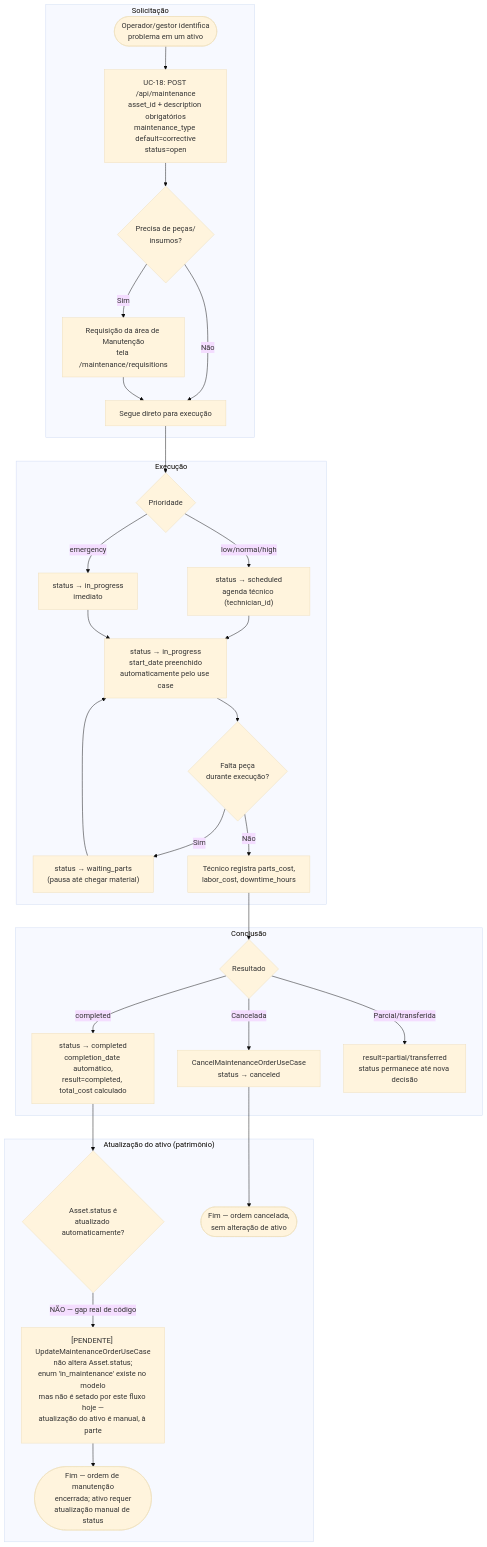
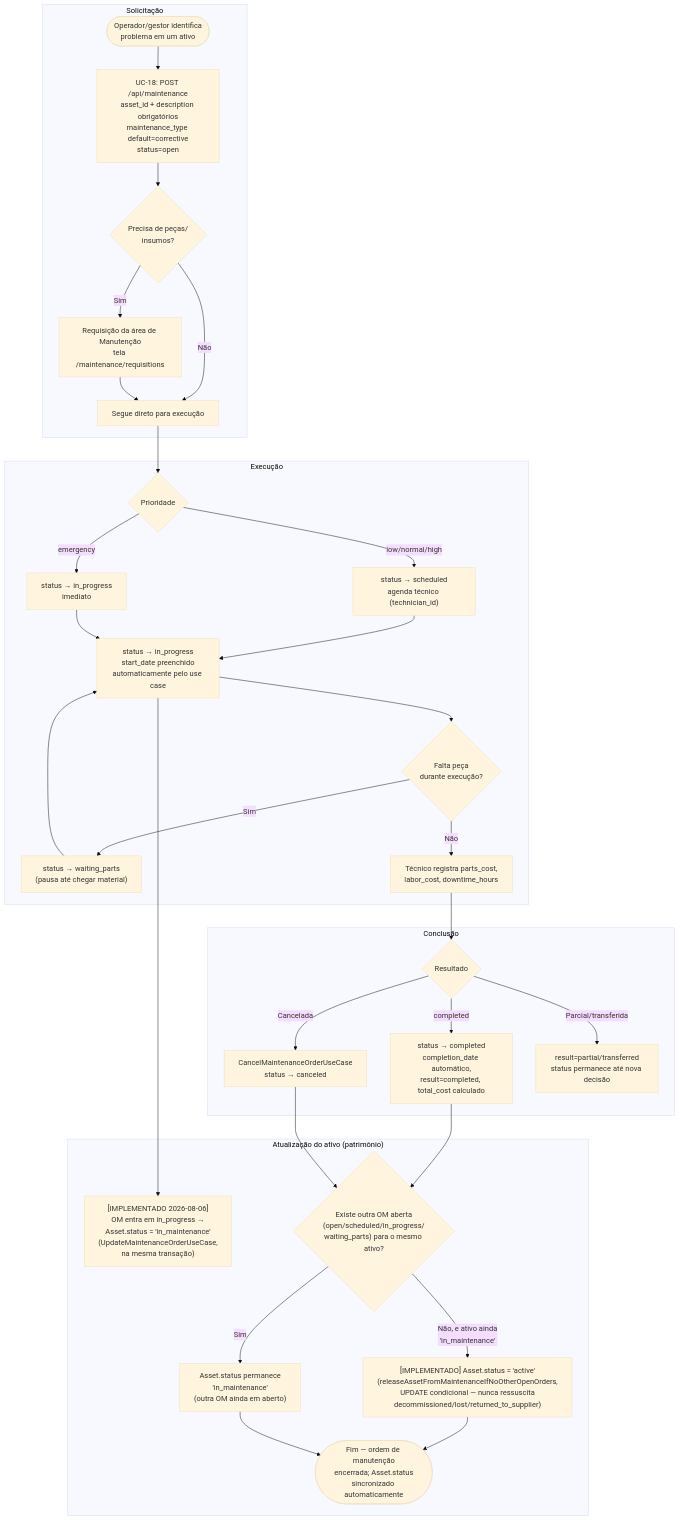
The fifth of 5 diagrams in docs/arquitetura/DIAGRAMA_CASOS_DE_USO_BPMN.md (RomulosouzaEvok/ERP-EVOK-AUDIO-LTDA), drawn with Mermaid (base theme) before and after one commit. The commit also changed other lines of this file and 62 other files, not shown here.

````diff
--- a/docs/arquitetura/DIAGRAMA_CASOS_DE_USO_BPMN.md
+++ b/docs/arquitetura/DIAGRAMA_CASOS_DE_USO_BPMN.md
@@ -277,36 +277,39 @@
 ```mermaid
 flowchart TD
     subgraph SW_SOLICITACAO_M["Solicitação"]
         D1([Operador/gestor identifica<br/>problema em um ativo]) --> D2["UC-18: POST /api/maintenance<br/>asset_id + description obrigatórios<br/>maintenance_type default=corrective<br/>status=open"]
         D2 --> D3{Precisa de peças/<br/>insumos?}
         D3 -->|Sim| D4["Requisição da área de Manutenção<br/>tela /maintenance/requisitions"]
         D3 -->|Não| D5[Segue direto para execução]
         D4 --> D5
     end
 
     subgraph SW_EXECUCAO_M["Execução"]
         D5 --> D6{Prioridade}
         D6 -->|emergency| D7["status → in_progress<br/>imediato"]
         D6 -->|low/normal/high| D8["status → scheduled<br/>agenda técnico (technician_id)"]
         D8 --> D9["status → in_progress<br/>start_date preenchido<br/>automaticamente pelo use case"]
         D7 --> D9
         D9 --> D10{Falta peça<br/>durante execução?}
         D10 -->|Sim| D11["status → waiting_parts<br/>(pausa até chegar material)"]
         D11 --> D9
         D10 -->|Não| D12["Técnico registra parts_cost,<br/>labor_cost, downtime_hours"]
     end
 
     subgraph SW_CONCLUSAO_M["Conclusão"]
         D12 --> D13{Resultado}
         D13 -->|completed| D14["status → completed<br/>completion_date automático,<br/>result=completed, total_cost calculado"]
         D13 -->|Cancelada| D15["CancelMaintenanceOrderUseCase<br/>status → canceled"]
         D13 -->|Parcial/transferida| D16["result=partial/transferred<br/>status permanece até nova decisão"]
     end
 
     subgraph SW_ATIVO_M["Atualização do ativo (patrimônio)"]
-        D14 --> D17{"Asset.status é<br/>atualizado automaticamente?"}
-        D17 -->|"NÃO — gap real de código"| D18["[PENDENTE] UpdateMaintenanceOrderUseCase<br/>não altera Asset.status;<br/>enum 'in_maintenance' existe no modelo<br/>mas não é setado por este fluxo hoje —<br/>atualização do ativo é manual, à parte"]
-        D18 --> D19([Fim — ordem de manutenção<br/>encerrada; ativo requer<br/>atualização manual de status])
-        D15 --> D20([Fim — ordem cancelada,<br/>sem alteração de ativo])
+        D9 --> D9B["[IMPLEMENTADO 2026-08-06]<br/>OM entra em in_progress →<br/>Asset.status = 'in_maintenance'<br/>(UpdateMaintenanceOrderUseCase,<br/>na mesma transação)"]
+        D14 --> D17{"Existe outra OM aberta<br/>(open/scheduled/in_progress/<br/>waiting_parts) para o mesmo ativo?"}
+        D17 -->|Não, e ativo ainda<br/>'in_maintenance'| D18["[IMPLEMENTADO] Asset.status = 'active'<br/>(releaseAssetFromMaintenanceIfNoOtherOpenOrders,<br/>UPDATE condicional — nunca ressuscita<br/>decommissioned/lost/returned_to_supplier)"]
+        D17 -->|Sim| D18B["Asset.status permanece<br/>'in_maintenance'<br/>(outra OM ainda em aberto)"]
+        D18 --> D19([Fim — ordem de manutenção<br/>encerrada; Asset.status<br/>sincronizado automaticamente])
+        D18B --> D19
+        D15 --> D17
     end
 ```
````
